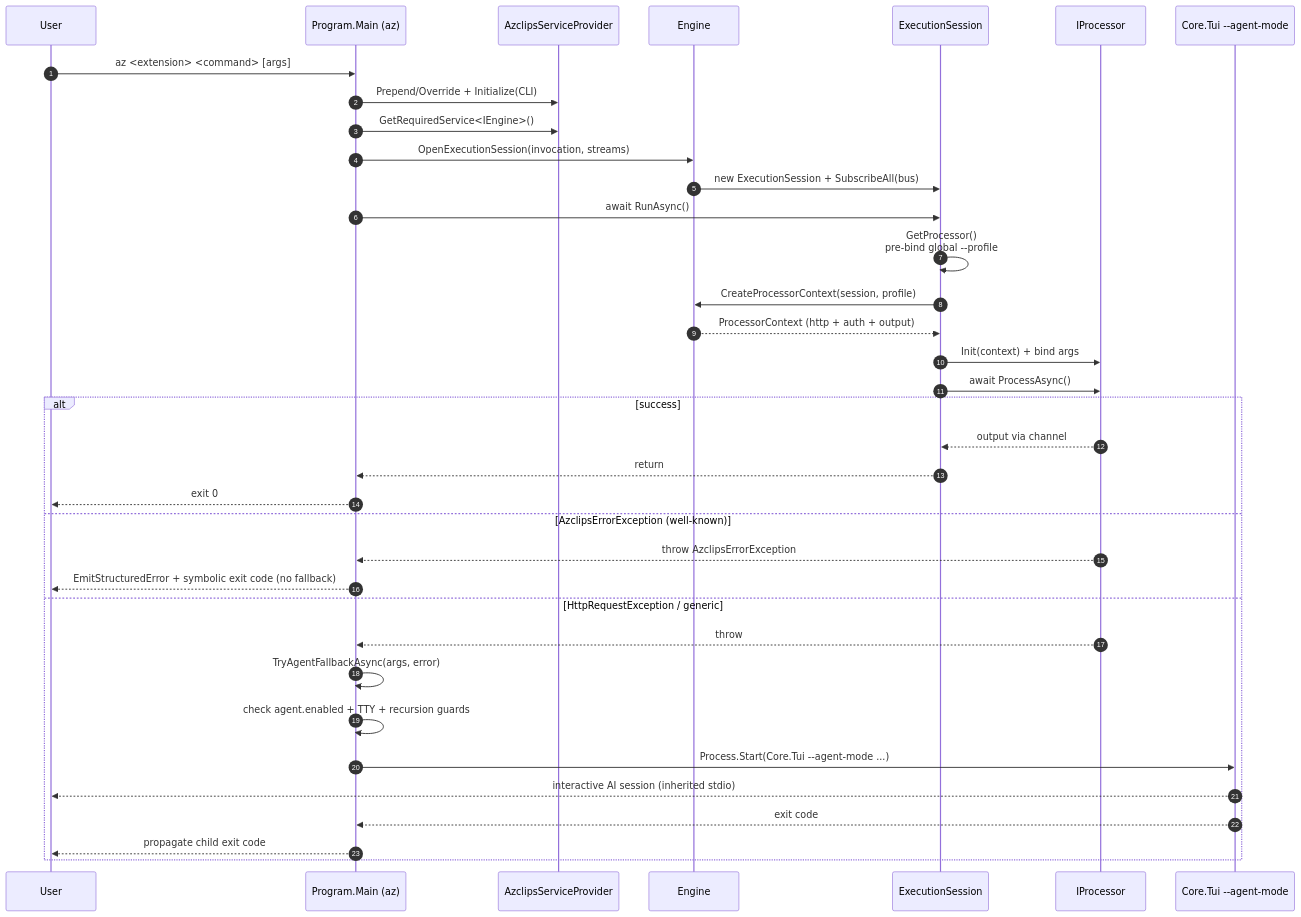
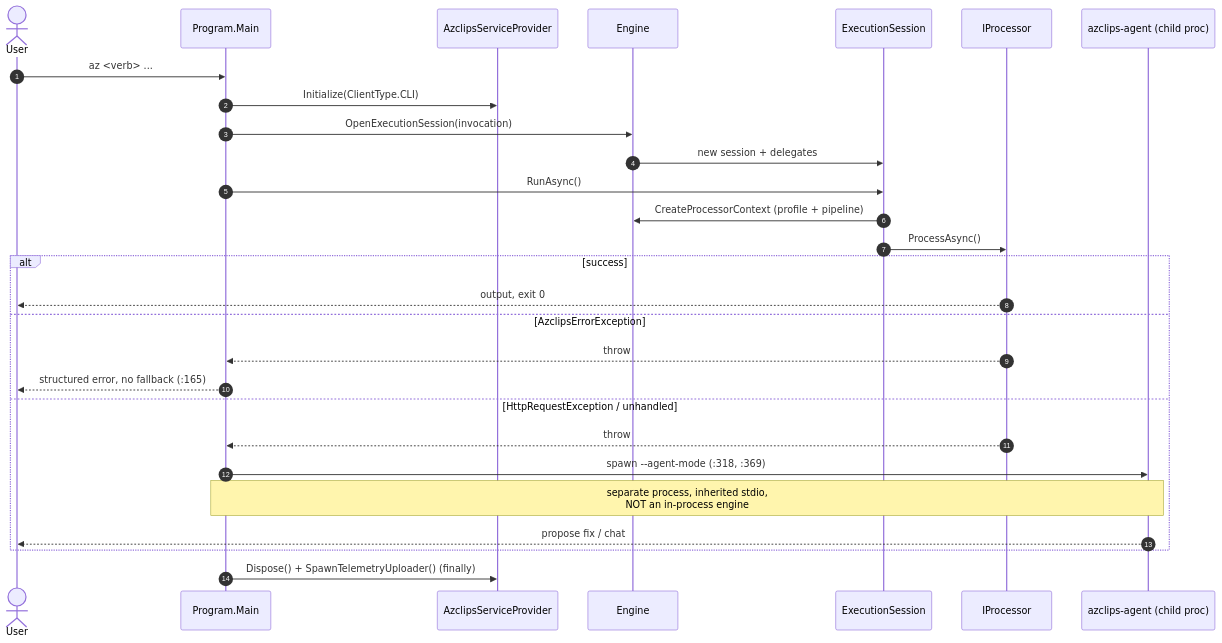
One commit to Azure/azclips changed the second of 2 diagrams in wiki/02-deep-dive/core-engine-orchestration.md. Above: the diagram before and after it, drawn with Mermaid. The commit also changed other lines of this file and 34 other files, not shown here.

First line of the commit message:
docs(wiki): refresh generated architecture documentation

````diff
--- a/wiki/02-deep-dive/core-engine-orchestration.md
+++ b/wiki/02-deep-dive/core-engine-orchestration.md
@@ -228,40 +108,31 @@
 ```mermaid
 sequenceDiagram
     autonumber
-    participant User
-    participant Main as Program.Main (az)
+    actor User
+    participant Main as Program.Main
     participant DI as AzclipsServiceProvider
-    participant Engine
+    participant Engine as Engine
     participant Session as ExecutionSession
     participant Proc as IProcessor
-    participant TUI as Core.Tui --agent-mode
+    participant Agent as azclips-agent (child proc)
 
-    User->>Main: az <extension> <command> [args]
-    Main->>DI: Prepend/Override + Initialize(CLI)
-    Main->>DI: GetRequiredService<IEngine>()
-    Main->>Engine: OpenExecutionSession(invocation, streams)
-    Engine->>Session: new ExecutionSession + SubscribeAll(bus)
-    Main->>Session: await RunAsync()
-    Session->>Session: GetProcessor()<br>pre-bind global --profile
-    Session->>Engine: CreateProcessorContext(session, profile)
-    Engine-->>Session: ProcessorContext (http + auth + output)
-    Session->>Proc: Init(context) + bind args
-    Session->>Proc: await ProcessAsync()
-
+    User->>Main: az <verb> ...
+    Main->>DI: Initialize(ClientType.CLI)
+    Main->>Engine: OpenExecutionSession(invocation)
+    Engine->>Session: new session + delegates
+    Main->>Session: RunAsync()
+    Session->>Engine: CreateProcessorContext (profile + pipeline)
+    Session->>Proc: ProcessAsync()
     alt success
-        Proc-->>Session: output via channel
-        Session-->>Main: return
-        Main-->>User: exit 0
-    else AzclipsErrorException (well-known)
-        Proc-->>Main: throw AzclipsErrorException
-        Main-->>User: EmitStructuredError + symbolic exit code (no fallback)
-    else HttpRequestException / generic
+        Proc-->>User: output, exit 0
+    else AzclipsErrorException
         Proc-->>Main: throw
-        Main->>Main: TryAgentFallbackAsync(args, error)
-        Main->>Main: check agent.enabled + TTY + recursion guards
-        Main->>TUI: Process.Start(Core.Tui --agent-mode ...)
-        TUI-->>User: interactive AI session (inherited stdio)
-        TUI-->>Main: exit code
-        Main-->>User: propagate child exit code
+        Main-->>User: structured error, no fallback (:165)
+    else HttpRequestException / unhandled
+        Proc-->>Main: throw
+        Main->>Agent: spawn --agent-mode (:318, :369)
+        Note over Main,Agent: separate process, inherited stdio,<br>NOT an in-process engine
+        Agent-->>User: propose fix / chat
     end
+    Main->>DI: Dispose() + SpawnTelemetryUploader() (finally)
 ```
````
